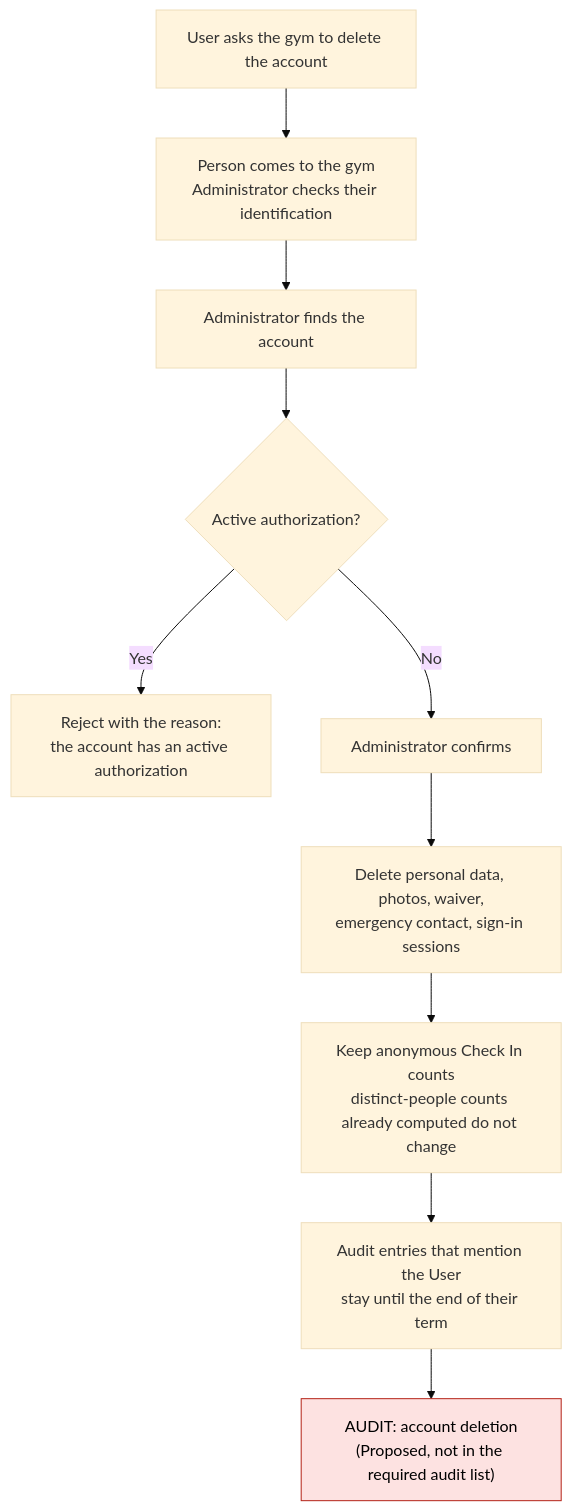
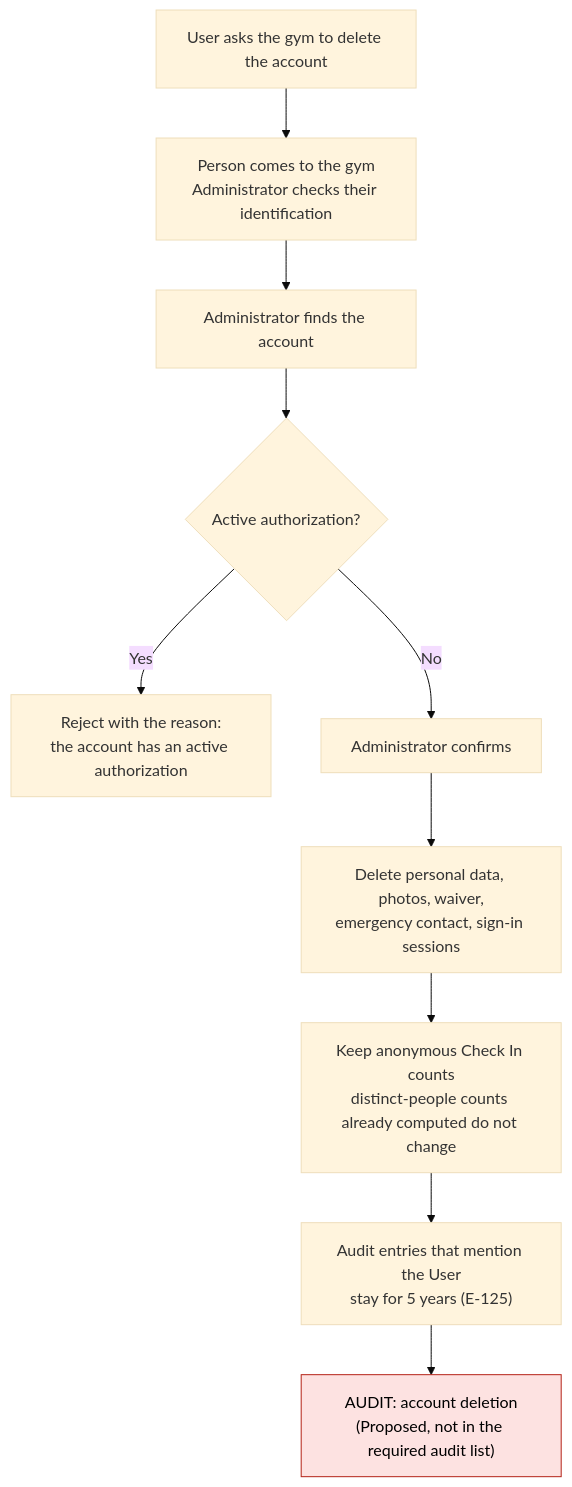
One commit to Th3-Minorities/natatorio-gym-app changed diagram 12 of 17 in docs/design/admin-flows.md. Above: the diagram before and after it, drawn with Mermaid (base theme). The commit also changed other lines of this file and 13 other files, not shown here.

````diff
--- a/docs/design/admin-flows.md
+++ b/docs/design/admin-flows.md
@@ -420,15 +347,15 @@
 ```mermaid
 flowchart TD
   X0["User asks the gym to delete the account"] --> X0b["Person comes to the gym<br/>Administrator checks their identification"]
   X0b --> X1["Administrator finds the account"]
   X1 --> X2{"Active authorization?"}
   X2 -->|"Yes"| X3["Reject with the reason:<br/>the account has an active authorization"]
   X2 -->|"No"| X4["Administrator confirms"]
   X4 --> X5["Delete personal data, photos, waiver,<br/>emergency contact, sign-in sessions"]
   X5 --> X6["Keep anonymous Check In counts<br/>distinct-people counts already computed do not change"]
-  X6 --> X7["Audit entries that mention the User<br/>stay until the end of their term"]
+  X6 --> X7["Audit entries that mention the User<br/>stay for 5 years (E-125)"]
   X7 --> X8["AUDIT: account deletion<br/>(Proposed, not in the required audit list)"]
 
   classDef audit fill:#fde2e1,stroke:#b42318,color:#000
   class X8 audit
 ```
````
